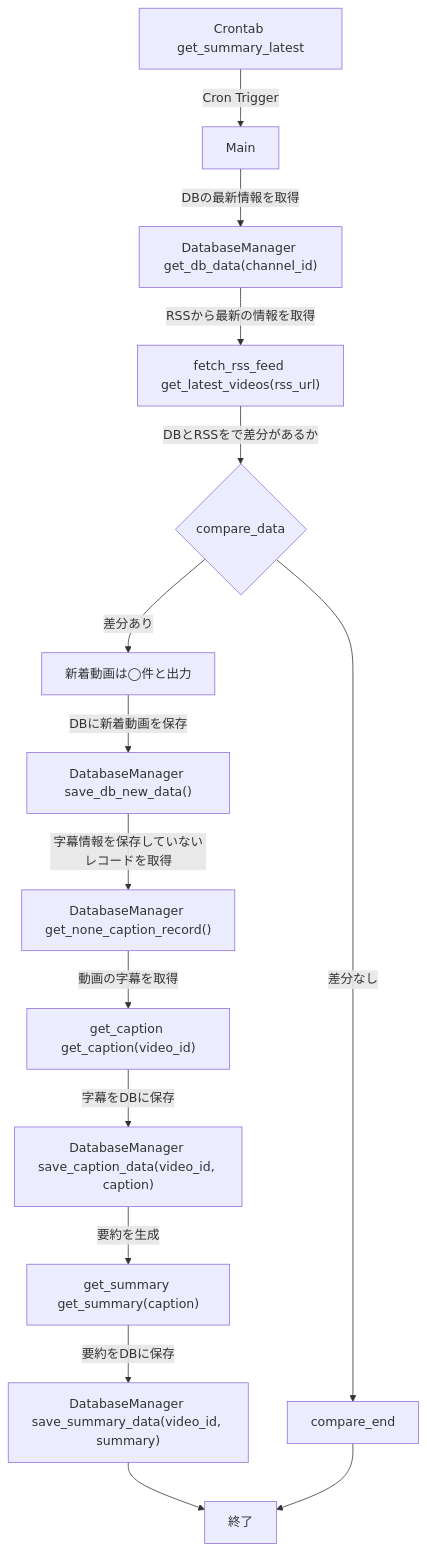
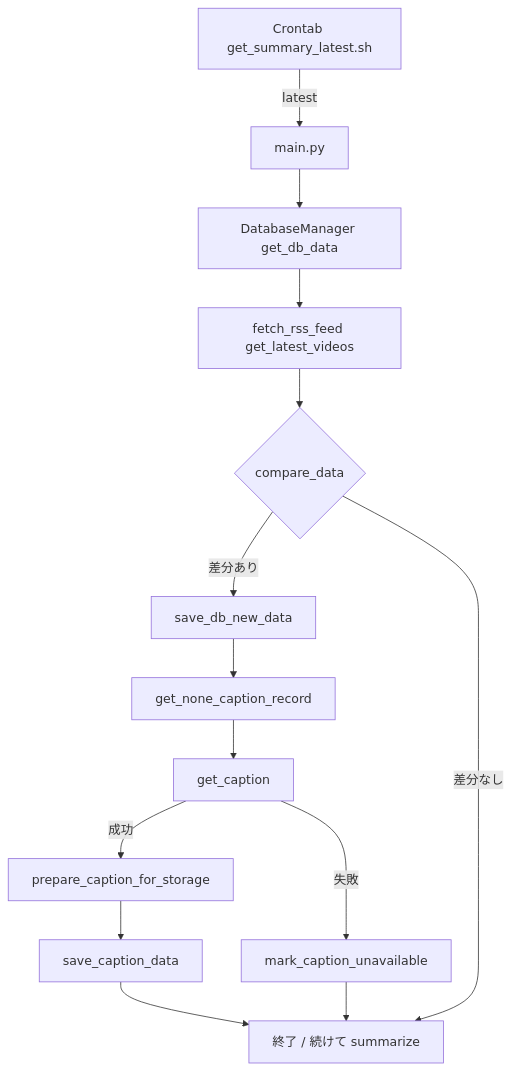
Before and after one commit to hoshimins/youtube_summary_bot: the first of 4 diagrams in document/flowchart.md, drawn with Mermaid. The commit also changed other lines of this file and 18 other files, not shown here.

````diff
--- a/document/flowchart.md
+++ b/document/flowchart.md
@@ -4,21 +5,17 @@
 ```mermaid
 graph TD
+Cron["Crontab get_summary_latest.sh"] -->|latest| Main["main.py"]
+Main --> DB["DatabaseManager get_db_data"]
+DB --> RSS["fetch_rss_feed get_latest_videos"]
+RSS --> compare{"compare_data"}
 
-Cron["Crontab get_summary_latest"] -->|Cron Trigger| YoutubeSummaryFeed["Main"]
-YoutubeSummaryFeed --> |DBの最新情報を取得| DB["DatabaseManager get_db_data(channel_id)"]
-DB --> |RSSから最新の情報を取得| RSS["fetch_rss_feed get_latest_videos(rss_url)"]
-RSS --> |DBとRSSをで差分があるか|compare{"compare_data"}
-
-compare -->|差分あり| NewDataFound["新着動画は◯件と出力"]
-NewDataFound --> |DBに新着動画を保存| DBUpdateNewData["DatabaseManager save_db_new_data()"]
-DBUpdateNewData --> |字幕情報を保存していないレコードを取得| GetNoCaptionRecord["DatabaseManager get_none_caption_record()"]
-GetNoCaptionRecord --> |動画の字幕を取得| CaptionFetcher["get_caption get_caption(video_id)"]
-CaptionFetcher --> |字幕をDBに保存| DBUpdateCaption["DatabaseManager save_caption_data(video_id, caption)"]
-DBUpdateCaption --> |要約を生成| SummaryGenerator["get_summary get_summary(caption)"]
-SummaryGenerator --> |要約をDBに保存| DBUpdateSummary["DatabaseManager save_summary_data(video_id, summary)"]
-DBUpdateSummary --> End["終了"]
-
-
-
-compare --> |差分なし| compare_end --> End 
+compare -->|差分あり| SaveNew["save_db_new_data"]
+SaveNew --> NoCap["get_none_caption_record"]
+NoCap --> Cap["get_caption"]
+Cap -->|成功| Prep["prepare_caption_for_storage"]
+Prep --> SaveCap["save_caption_data"]
+Cap -->|失敗| Mark["mark_caption_unavailable"]
+SaveCap --> End["終了 / 続けて summarize"]
+Mark --> End
+compare -->|差分なし| End
 ```
````
